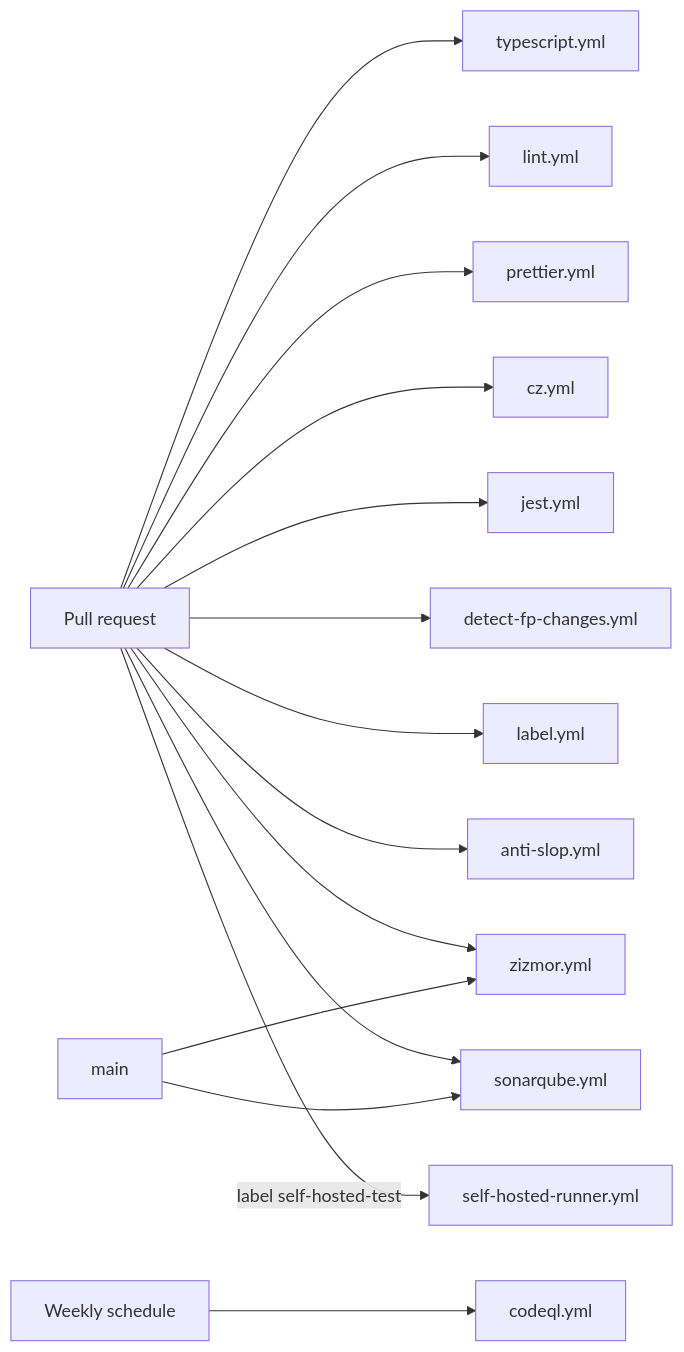
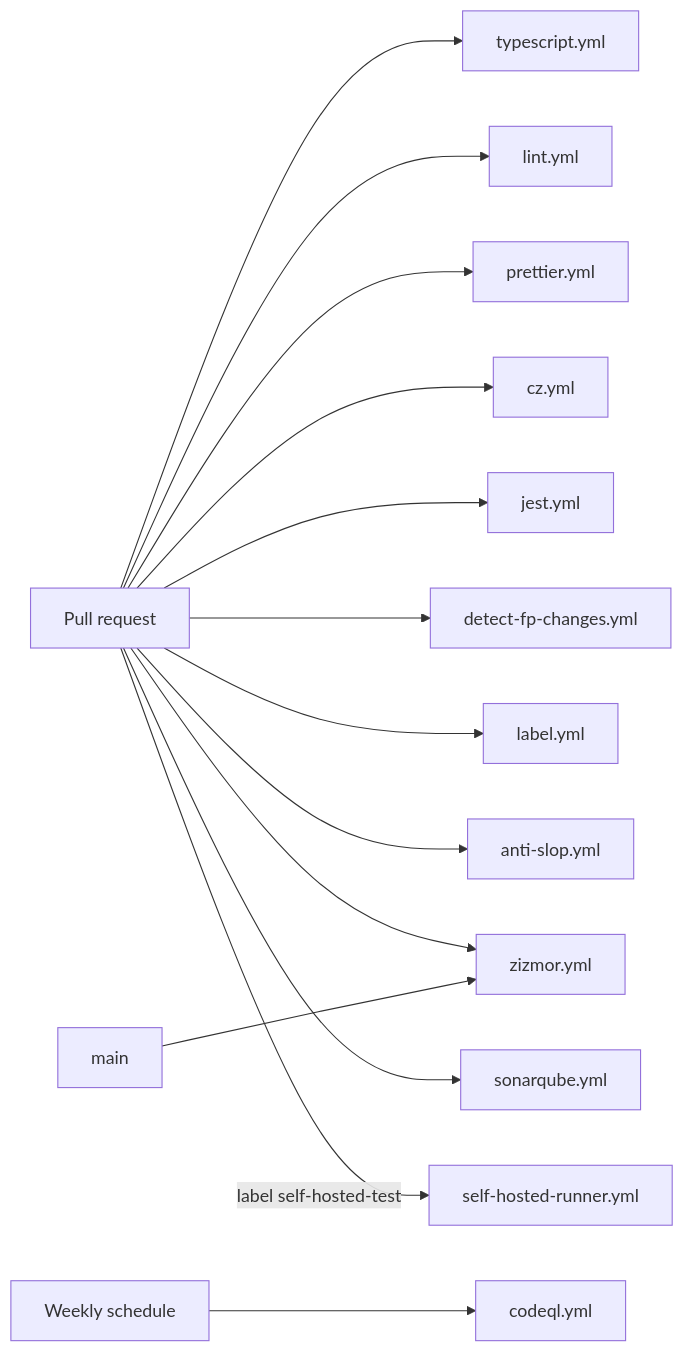
One commit to luke-h1/foam changed the first of 4 diagrams in README.md. Above: the diagram before and after it, drawn with Mermaid. The commit also changed other lines of this file and 19 other files, not shown here.

````diff
--- a/README.md
+++ b/README.md
@@ -355,17 +393,16 @@
 ```mermaid
 flowchart LR
   PR[Pull request] --> TS[typescript.yml]
   PR --> Lint[lint.yml]
   PR --> Prettier[prettier.yml]
   PR --> CZ[cz.yml]
   PR --> Jest[jest.yml]
   PR --> FP[detect-fp-changes.yml]
   PR --> Label[label.yml]
   PR --> Slop[anti-slop.yml]
   PR --> Zizmor[zizmor.yml]
   PR --> Sonar[sonarqube.yml]
   PR -->|label self-hosted-test| SH[self-hosted-runner.yml]
   Main[main] --> Zizmor
-  Main --> Sonar
   Schedule[Weekly schedule] --> CodeQL[codeql.yml]
 ```
````
